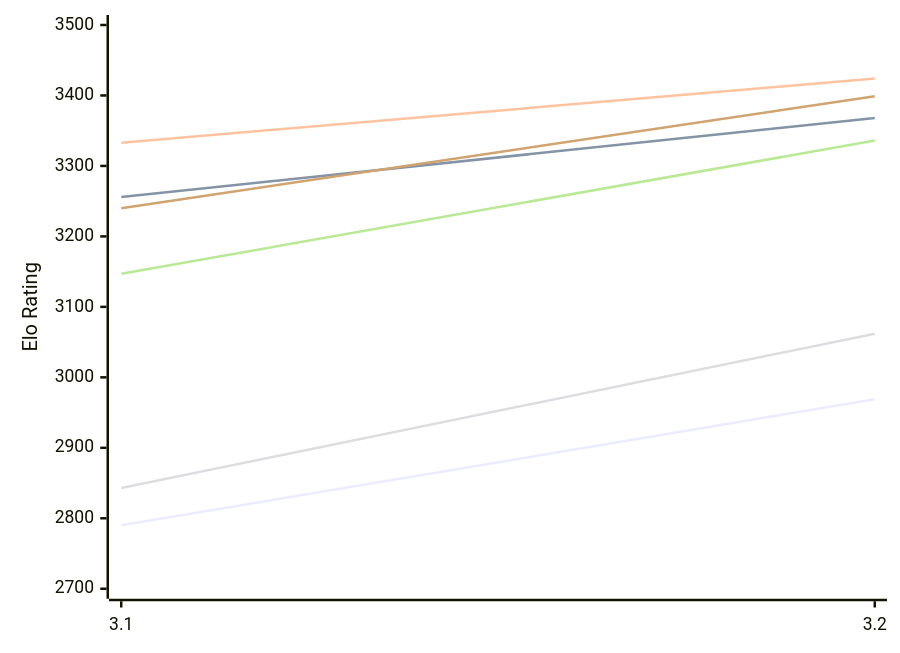
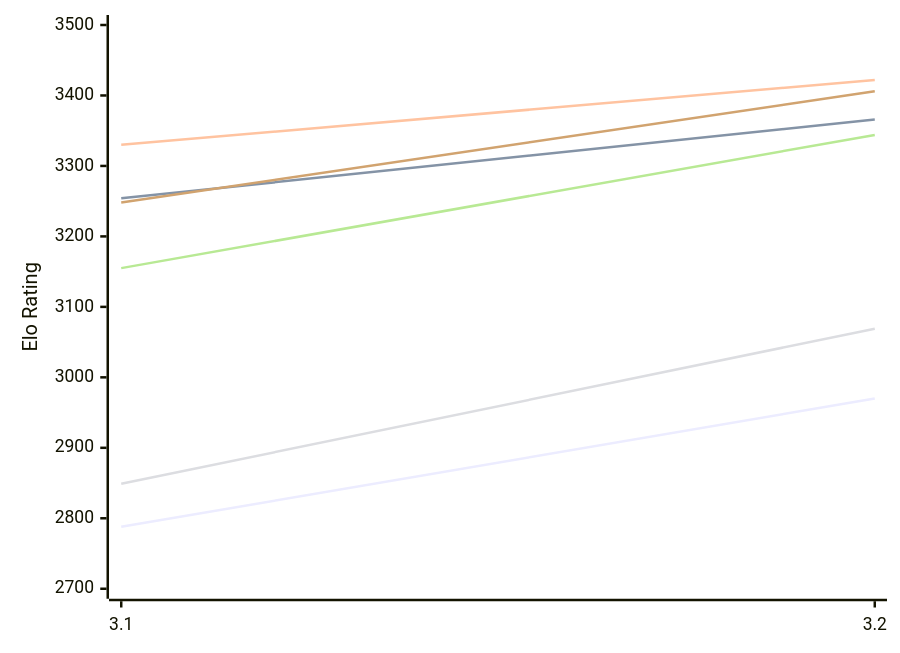
One commit to computer-chess-index/cci changed the first of 2 diagrams in engines/Thrawn.md. Above: the diagram before and after it, drawn with Mermaid. The commit also changed other lines of this file, not shown here.

Commit message:
Update CCI Ratings (ELO VLTC) - 2026-11-23

````diff
--- a/engines/Thrawn.md
+++ b/engines/Thrawn.md
@@ -52,12 +52,12 @@
 ```mermaid
 %%{init: {"theme":"base","themeVariables":{"seriesColors:['#a3a3a3','#222221','#faa371']}}}%%
 xychart-beta
   x-axis ["3.1", "3.2"]
   y-axis "Elo Rating" 2700 --> 3500
-  line "E1: STC (8.0+0.08s)" [2790, 2969]
-  line "E1: LTC (60.0+0.60s)" [3256, 3368]
-  line "E1: VLTC (2m24s+1.12s)" [3333, 3424]
-  line "P1: STC (8.0+0.08s)" [2843, 3062]
-  line "P1: LTC (60.0+0.60s)" [3147, 3336]
-  line "P1: VLTC (2m24s+1.12s)" [3240, 3399]
+  line "E1: STC (8.0+0.08s)" [2788, 2970]
+  line "E1: LTC (60.0+0.60s)" [3254, 3366]
+  line "E1: VLTC (2m24s+1.12s)" [3330, 3422]
+  line "P1: STC (8.0+0.08s)" [2849, 3069]
+  line "P1: LTC (60.0+0.60s)" [3155, 3344]
+  line "P1: VLTC (2m24s+1.12s)" [3248, 3406]
 ```
````
